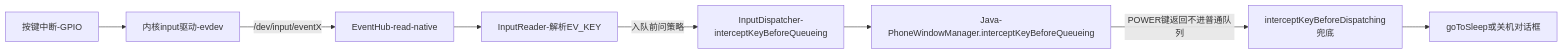
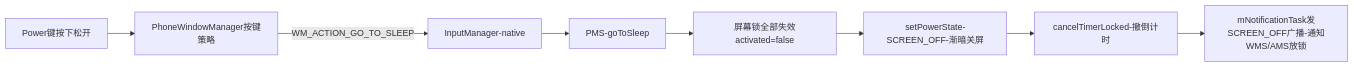
Before and after one commit to coswit/coswit.github.io: the fourth of 5 diagrams in Android/深入理解Android卷II/04-深入理解PowerManagerService.md, drawn with Mermaid. The commit also changed other lines of this file and 7 other files, not shown here.

````diff
--- a/Android/深入理解Android卷II/04-深入理解PowerManagerService.md
+++ b/Android/深入理解Android卷II/04-深入理解PowerManagerService.md
@@ -99,10 +765,10 @@
 ```mermaid
 graph LR
-    A[按键中断-GPIO] --> B[内核input驱动-evdev]
-    B -->|/dev/input/eventX| C[EventHub-read-native]
-    C --> D[InputReader-解析EV_KEY]
-    D -->|入队前问策略| E[InputDispatcher-interceptKeyBeforeQueueing]
-    E --> F[Java-PhoneWindowManager.interceptKeyBeforeQueueing]
-    F -->|POWER键返回不进普通队列| G[interceptKeyBeforeDispatching兜底]
-    G --> H[goToSleep或关机对话框]
+    A[Power键按下松开] --> B[PhoneWindowManager按键策略]
+    B -->|WM_ACTION_GO_TO_SLEEP| C[InputManager-native]
+    C --> D[PMS-goToSleep]
+    D --> E[屏幕锁全部失效activated=false]
+    E --> F[setPowerState-SCREEN_OFF-渐暗关屏]
+    F --> G[cancelTimerLocked-撤倒计时]
+    G --> H[mNotificationTask发SCREEN_OFF广播-通知WMS/AMS放锁]
 ```
````
